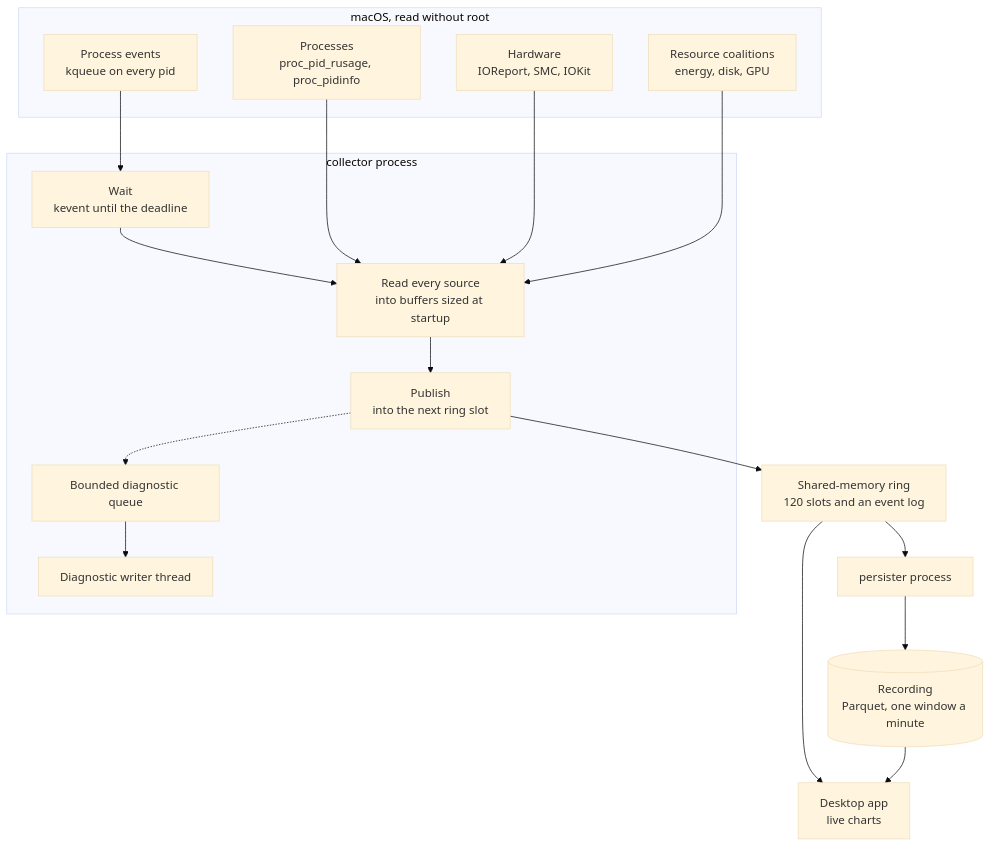
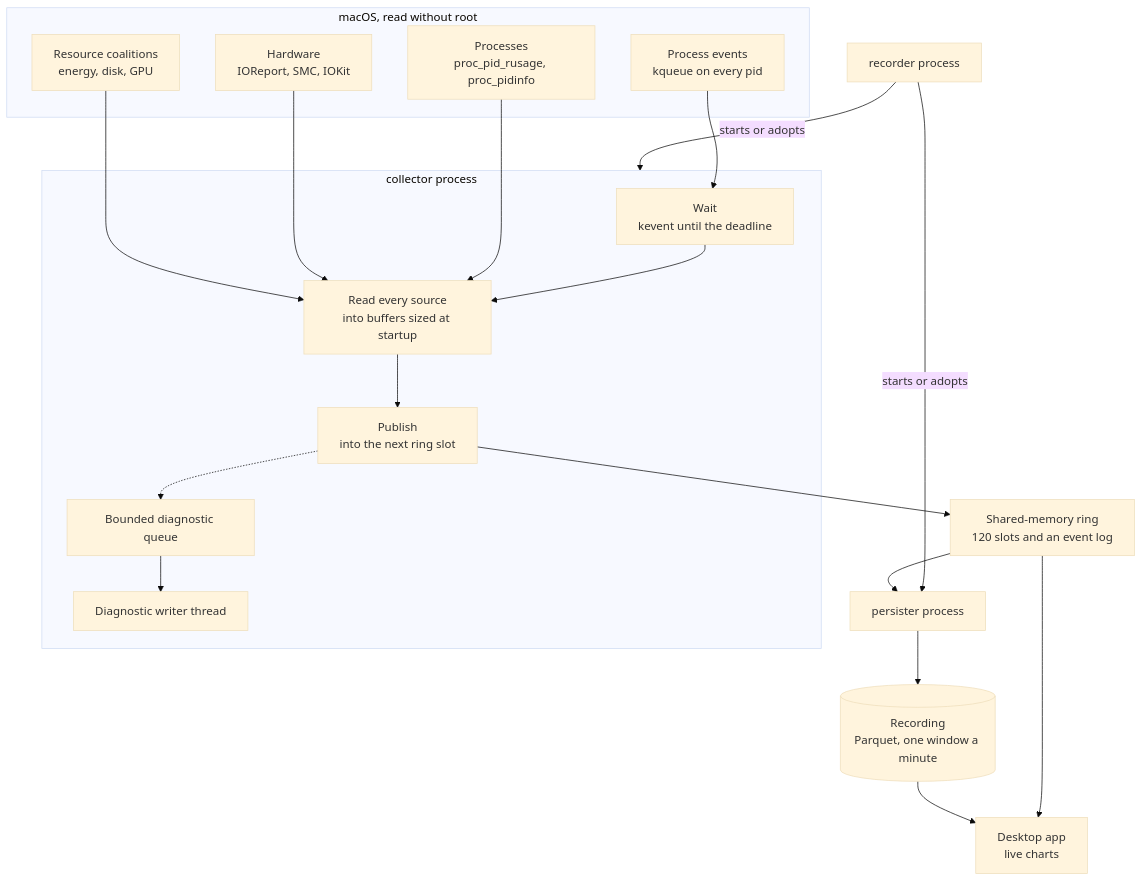
The first of 2 diagrams in docs/collector.md (joaofnds/flightdeck), drawn with Mermaid (base theme) before and after one commit. The commit also changed other lines of this file and 165 other files, not shown here.

````diff
--- a/docs/collector.md
+++ b/docs/collector.md
@@ -14,29 +14,31 @@
 ```mermaid
 flowchart TB
   subgraph macos["macOS, read without root"]
     procs["Processes<br/>proc_pid_rusage, proc_pidinfo"]
     events["Process events<br/>kqueue on every pid"]
     hw["Hardware<br/>IOReport, SMC, IOKit"]
     coal["Resource coalitions<br/>energy, disk, GPU"]
   end
 
   subgraph collector["collector process"]
     wait["Wait<br/>kevent until the deadline"]
     read["Read every source<br/>into buffers sized at startup"]
     publish["Publish<br/>into the next ring slot"]
     wait --> read --> publish
     reports["Bounded diagnostic queue"] --> output["Diagnostic writer thread"]
     publish -.-> reports
   end
 
   procs --> read
   hw --> read
   coal --> read
   events --> wait
 
   publish --> ring["Shared-memory ring<br/>120 slots and an event log"]
-  ring --> persister["persister process"]
+  recorder["recorder process"] -->|starts or adopts| collector
+  recorder -->|starts or adopts| persister["persister process"]
+  ring --> persister
   ring --> app["Desktop app<br/>live charts"]
   persister --> recording[("Recording<br/>Parquet, one window a minute")]
   recording --> app
 ```
````
